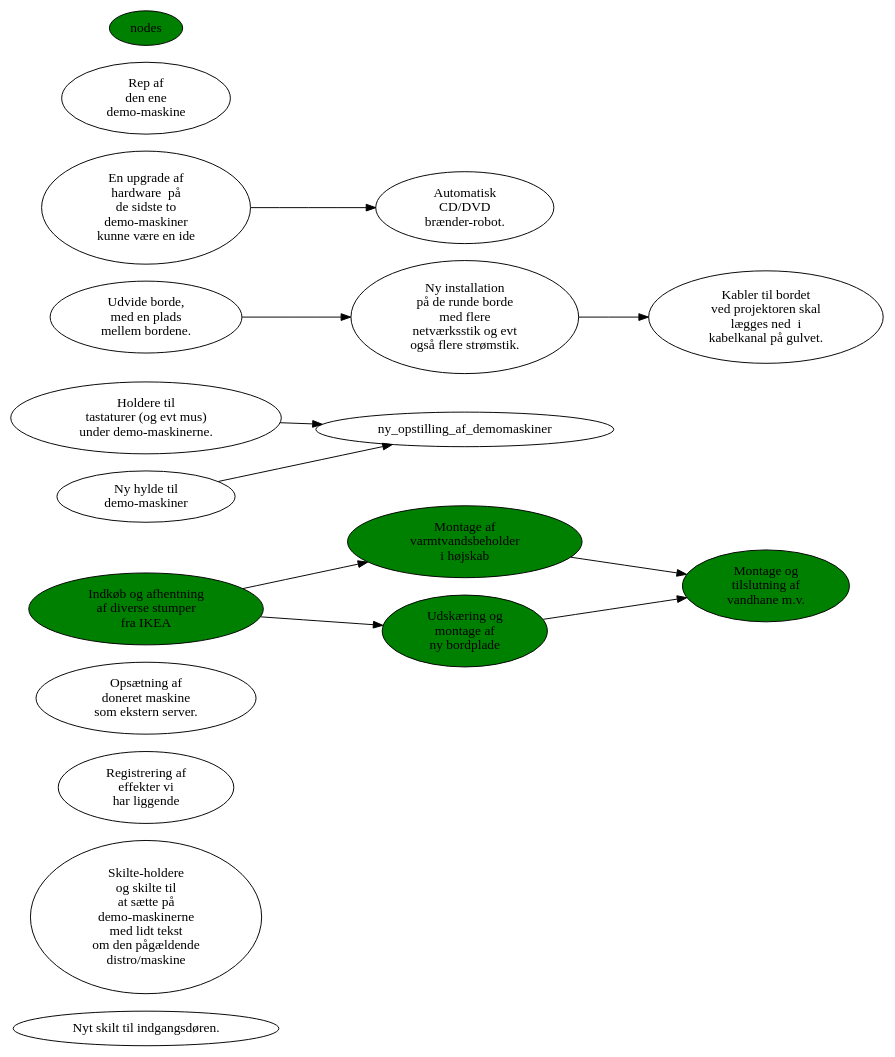
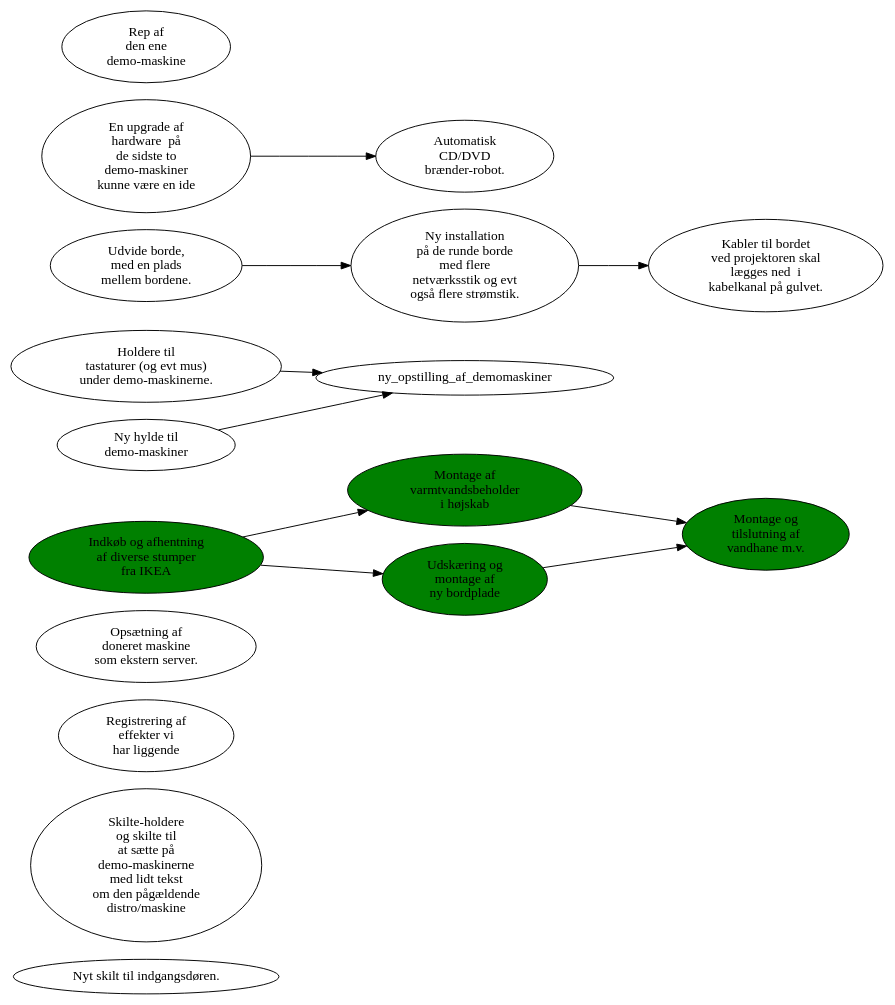
One commit to alslug/alslug.dk changed the diagram in faq/todo.dot. Above: the diagram before and after it, drawn with Graphviz.

```diff
--- a/faq/todo.dot
+++ b/faq/todo.dot
@@ -1,35 +1,35 @@
 digraph xxx {
     rankdir=LR;
     nyt_dørskilt [ label="Nyt skilt til indgangsdøren." ];
     skilteholdere [ label="Skilte-holdere \n og skilte til \n at sætte på \n demo-maskinerne \n med lidt tekst \n om den pågældende \n distro/maskine" ];
     registerer_udstyr [ label="Registrering af \n effekter vi \n har liggende" ];
     ny_bootserver [ label="Opsætning af \n doneret maskine \n som ekstern server." ];
     
     indkøb_hos_ikea -> {montage_af_varmtvandsbeholder,montage_af_ny_bordplade} -> montage_og_tilslutning_af_vandhane_mv;
 
     lav_keyboard_holdere [ label="Holdere til \n tastaturer (og evt mus) \n under demo-maskinerne." ];
     hylde_til_demomaskiner [ label="Ny hylde til \n demo-maskiner" ];
     {lav_keyboard_holdere,hylde_til_demomaskiner} -> ny_opstilling_af_demomaskiner;
 
     kabler_på_gulv [ label="Kabler til bordet \n ved projektoren skal \n lægges ned  i \n kabelkanal på gulvet." ];
     udvid_borde -> bord_instalationer -> kabler_på_gulv;
 
     upgrade_demomaskiner [ label="En upgrade af \n hardware  på \n de sidste to \n demo-maskiner \n kunne være en ide" ];
     rep_af_demomaskine [ label="Rep af \n den ene \n demo-maskine" ];
     cd_brænder [ label="Automatisk \n CD/DVD \n brænder-robot." ];
     upgrade_demomaskiner -> cd_brænder;
     
-    nodes [ style=filled ];
+    node [ style=filled ];
     ////////////////////////////////////////////////////////////////////////////
     // Påbegyndt
-    nodes [ fillcolor=yellow ];
+    node [ fillcolor=yellow ];
     udvid_borde [ label="Udvide borde, \n med en plads \n mellem bordene." ];
     bord_instalationer [ label="Ny installation \n på de runde borde \n med flere \n netværksstik og evt \n også flere strømstik." ];
     ////////////////////////////////////////////////////////////////////////////
     // Afsluttet
-    nodes [ fillcolor=green ];
+    node [ fillcolor=green ];
     indkøb_hos_ikea [ label="Indkøb og afhentning \n af diverse stumper \n fra IKEA" style=filled fillcolor=green ];
     montage_af_varmtvandsbeholder [ label="Montage af \n varmtvandsbeholder \n i højskab" style=filled fillcolor=green ];
     montage_af_ny_bordplade [ label="Udskæring og \n montage af \n ny bordplade" style=filled fillcolor=green ];
     montage_og_tilslutning_af_vandhane_mv [ label="Montage og \n tilslutning af \n vandhane m.v." style=filled fillcolor=green ];
 }
```
